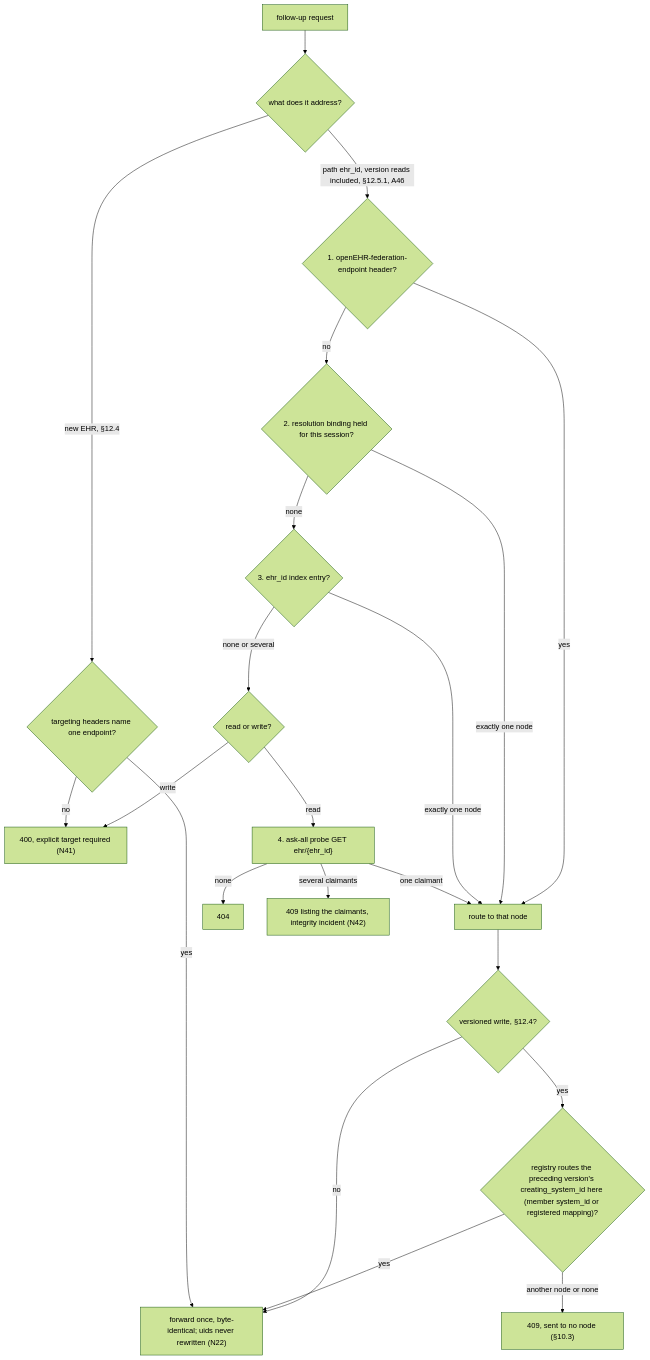
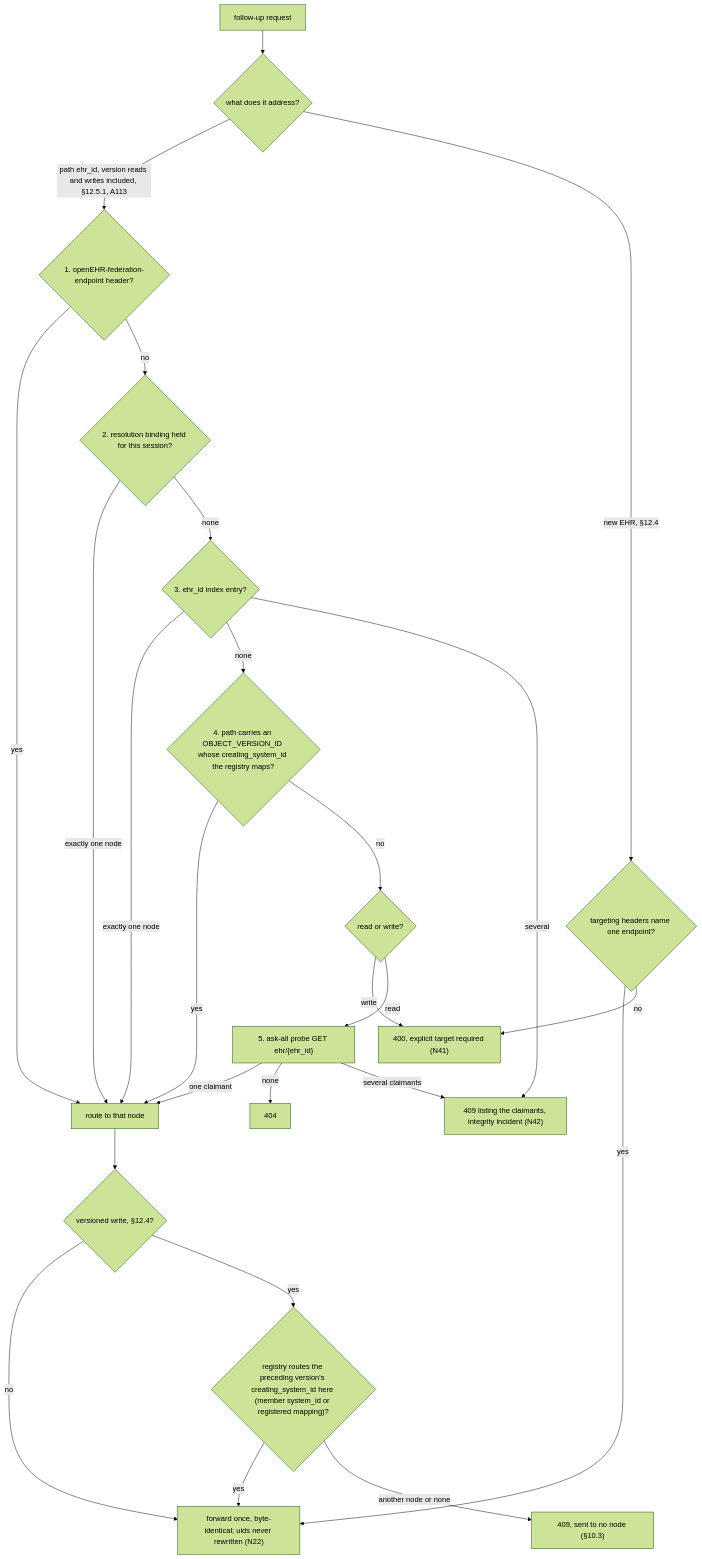
One commit to FerroHEALTH/FerroFED changed the second of 5 diagrams in docs/architecture.md. Above: the diagram before and after it, drawn with Mermaid (forest theme). The commit also changed other lines of this file and 97 other files, not shown here.

````diff
--- a/docs/architecture.md
+++ b/docs/architecture.md
@@ -432,25 +440,28 @@
 ```mermaid
 flowchart TD
     req["follow-up request"] --> kind{"what does it address?"}
-    kind -->|"path ehr_id, version reads included, §12.5.1, A46"| s1{"1. openEHR-federation-endpoint header?"}
+    kind -->|"path ehr_id, version reads and writes included, §12.5.1, A113"| s1{"1. openEHR-federation-endpoint header?"}
     s1 -->|yes| one["route to that node"]
     s1 -->|no| s2{"2. resolution binding held for this session?"}
     s2 -->|exactly one node| one
     s2 -->|none| s3{"3. ehr_id index entry?"}
     s3 -->|exactly one node| one
-    s3 -->|none or several| rw{"read or write?"}
+    s3 -->|none| s4{"4. path carries an OBJECT_VERSION_ID whose creating_system_id the registry maps?"}
+    s3 -->|several| r409["409 listing the claimants, integrity incident (N42)"]
+    s4 -->|yes| one
+    s4 -->|no| rw{"read or write?"}
     rw -->|write| r400["400, explicit target required (N41)"]
-    rw -->|read| s4["4. ask-all probe GET ehr/{ehr_id}"]
-    s4 -->|one claimant| one
-    s4 -->|none| r404["404"]
-    s4 -->|several claimants| r409["409 listing the claimants, integrity incident (N42)"]
+    rw -->|read| s5["5. ask-all probe GET ehr/{ehr_id}"]
+    s5 -->|one claimant| one
+    s5 -->|none| r404["404"]
+    s5 -->|several claimants| r409
     one --> vw{"versioned write, §12.4?"}
     vw -->|no| pass
     vw -->|yes| w1{"registry routes the preceding version's creating_system_id here (member system_id or registered mapping)?"}
     w1 -->|yes| pass
     w1 -->|another node or none| w409["409, sent to no node (§10.3)"]
     kind -->|"new EHR, §12.4"| n1{"targeting headers name one endpoint?"}
     n1 -->|yes| pass
     n1 -->|no| r400
     pass["forward once, byte-identical; uids never rewritten (N22)"]
 ```
````
